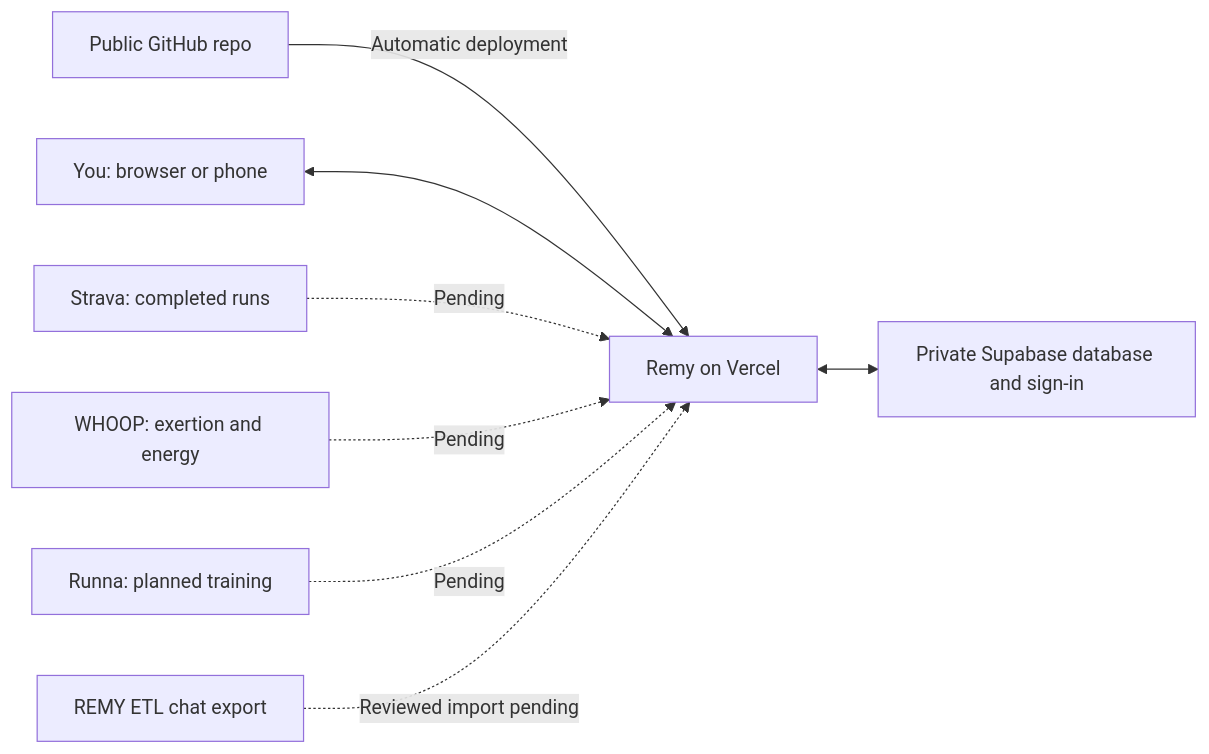
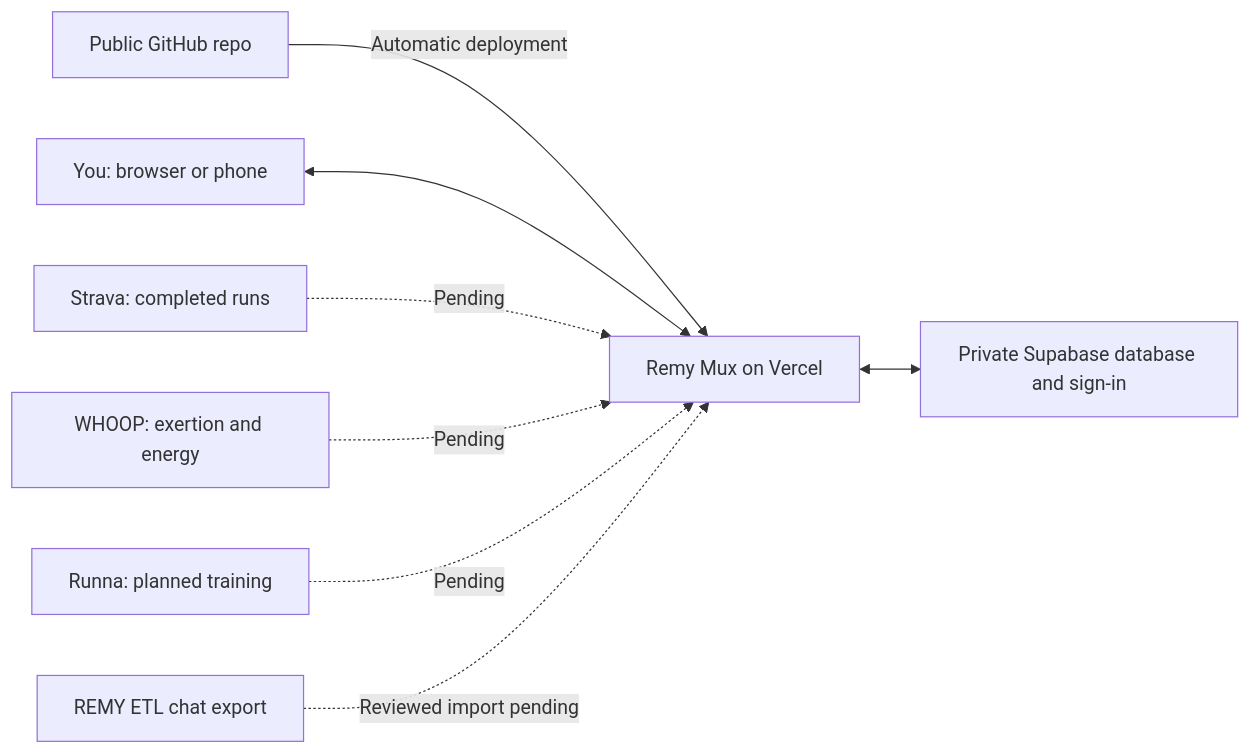
Before and after one commit to 1973-pinball/remy: the diagram in README.md, drawn with Mermaid. The commit also changed other lines of this file and 14 other files, not shown here.

Commit message:
Rename the app to Remy Mux and document its new address

````diff
--- a/README.md
+++ b/README.md
@@ -13,10 +15,10 @@
 ```mermaid
 flowchart LR
-    G[Public GitHub repo] -->|Automatic deployment| R[Remy on Vercel]
+    G[Public GitHub repo] -->|Automatic deployment| R[Remy Mux on Vercel]
     U[You: browser or phone] <--> R
     R <--> S[Private Supabase database and sign-in]
     ST[Strava: completed runs] -. Pending .-> R
     W[WHOOP: exertion and energy] -. Pending .-> R
     RN[Runna: planned training] -. Pending .-> R
     E[REMY ETL chat export] -. Reviewed import pending .-> R
 ```
````
